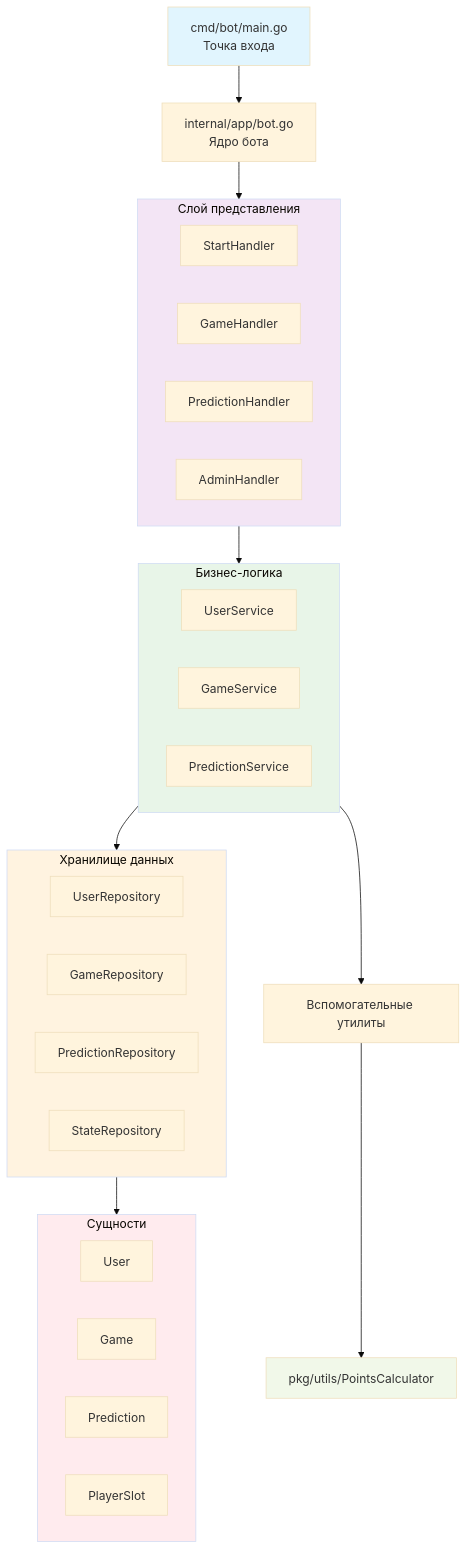
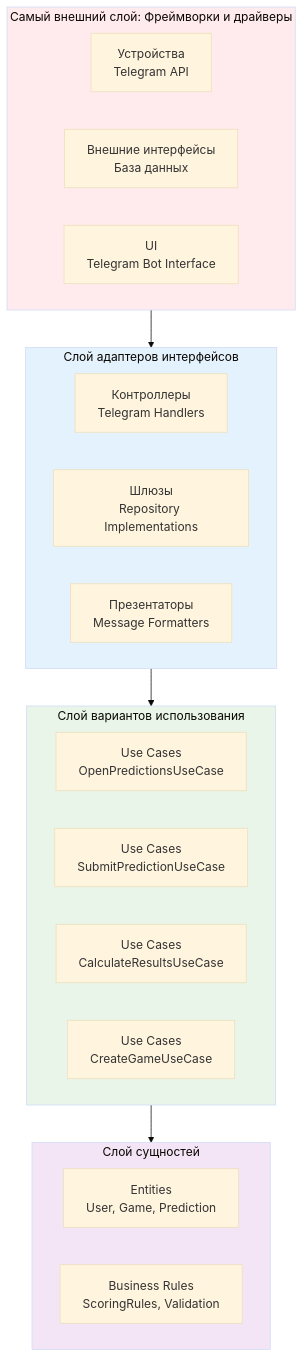
The diagram in diagrams/common_architecture.md (RIP-Peroni/blood_guess), drawn with Mermaid (base theme) before and after one commit. The commit also changed 28 other files, not shown here.

Commit message:
change architecture and structure

````diff
--- a/diagrams/common_architecture.md
+++ b/diagrams/common_architecture.md
@@ -1,48 +1,35 @@
 ```mermaid
 flowchart TD
-    A[cmd/bot/main.go<br>Точка входа] --> B[internal/app/bot.go<br>Ядро бота]
-    B --> C[Telegram Handlers]
-    
-    subgraph C [Слой представления]
-        C1[StartHandler]
-        C2[GameHandler]
-        C3[PredictionHandler]
-        C4[AdminHandler]
+    subgraph External ["Самый внешний слой: Фреймворки и драйверы"]
+        F1[Устройства<br>Telegram API]
+        F2[Внешние интерфейсы<br>База данных]
+        F3[UI<br>Telegram Bot Interface]
     end
     
-    C --> D[Слой сервисов]
-    
-    subgraph D [Бизнес-логика]
-        D1[UserService]
-        D2[GameService]
-        D3[PredictionService]
+    subgraph InterfaceAdapters ["Слой адаптеров интерфейсов"]
+        A1[Контроллеры<br>Telegram Handlers]
+        A2[Шлюзы<br>Repository Implementations]
+        A3[Презентаторы<br>Message Formatters]
     end
     
-    D --> E[Слой репозиториев]
-    
-    subgraph E [Хранилище данных]
-        E1[UserRepository]
-        E2[GameRepository]
-        E3[PredictionRepository]
-        E4[StateRepository]
+    subgraph Application ["Слой вариантов использования"]
+        U1[Use Cases<br>OpenPredictionsUseCase]
+        U2[Use Cases<br>SubmitPredictionUseCase]
+        U3[Use Cases<br>CalculateResultsUseCase]
+        U4[Use Cases<br>CreateGameUseCase]
     end
     
-    E --> F[Доменные модели]
-    
-    subgraph F [Сущности]
-        F1[User]
-        F2[Game]
-        F3[Prediction]
-        F4[PlayerSlot]
+    subgraph Domain ["Слой сущностей"]
+        D1[Entities<br>User, Game, Prediction]
+        D2[Business Rules<br>ScoringRules, Validation]
     end
     
-    D --> G[Вспомогательные утилиты]
-    G --> H[pkg/utils/PointsCalculator]
+    External --> InterfaceAdapters
+    InterfaceAdapters --> Application
+    Application --> Domain
     
-    style A fill:#e1f5fe
-    style C fill:#f3e5f5
-    style D fill:#e8f5e8
-    style E fill:#fff3e0
-    style F fill:#ffebee
-    style H fill:#f1f8e9
+    style External fill:#ffebee
+    style InterfaceAdapters fill:#e3f2fd
+    style Application fill:#e8f5e8
+    style Domain fill:#f3e5f5
 ```
````
